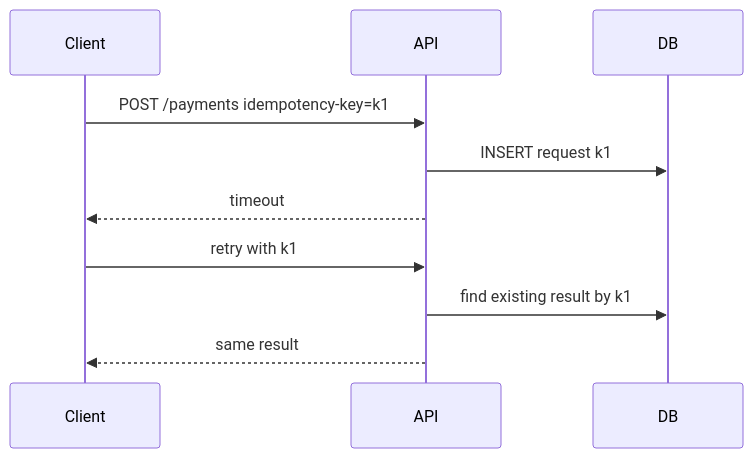
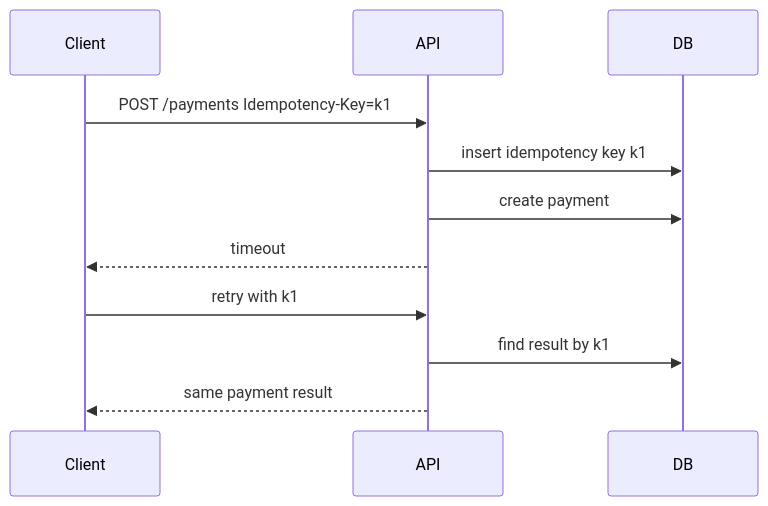
Before and after one commit to AmazingCaddy/readings-backend: the first of 3 diagrams in docs/reliability/idempotency.md, drawn with Mermaid. The commit also changed other lines of this file, not shown here.

Commit message:
docs: expand idempotency guide

````diff
--- a/docs/reliability/idempotency.md
+++ b/docs/reliability/idempotency.md
@@ -9,13 +12,14 @@
 ```mermaid
 sequenceDiagram
     participant C as Client
     participant API as API
     participant DB as DB
 
-    C->>API: POST /payments idempotency-key=k1
-    API->>DB: INSERT request k1
+    C->>API: POST /payments Idempotency-Key=k1
+    API->>DB: insert idempotency key k1
+    API->>DB: create payment
     API-->>C: timeout
     C->>API: retry with k1
-    API->>DB: find existing result by k1
-    API-->>C: same result
+    API->>DB: find result by k1
+    API-->>C: same payment result
 ```
````
